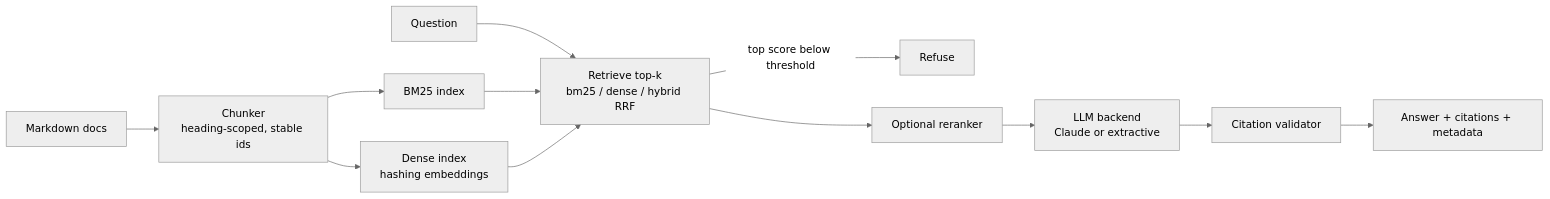
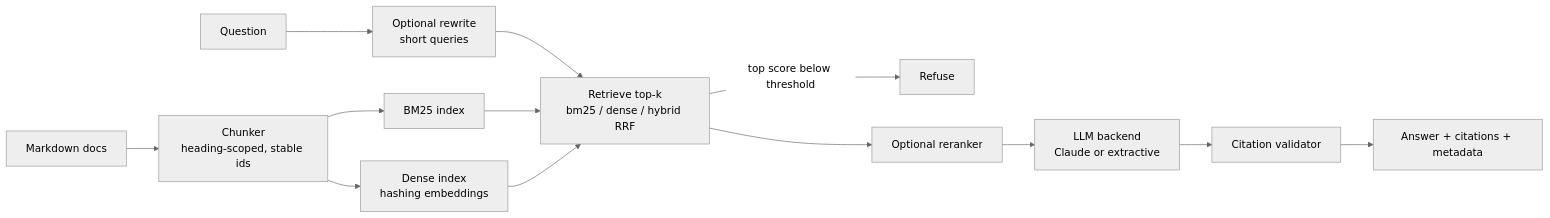
The diagram in README.md (ChauHuynh17071994/docs-rag-evals), drawn with Mermaid (neutral theme) before and after one commit. The commit also changed other lines of this file and 1 other file, not shown here.

Commit message:
docs: refresh results on the 33-question set and document query rewriting

````diff
--- a/README.md
+++ b/README.md
@@ -22,14 +23,15 @@
 ```mermaid
 flowchart LR
     D[Markdown docs] --> C[Chunker<br/>heading-scoped, stable ids]
     C --> I[BM25 index]
     C --> E[Dense index<br/>hashing embeddings]
-    Q[Question] --> R[Retrieve top-k<br/>bm25 / dense / hybrid RRF]
+    Q[Question] --> W[Optional rewrite<br/>short queries]
+    W --> R[Retrieve top-k<br/>bm25 / dense / hybrid RRF]
     I --> R
     E --> R
     R -->|top score below threshold| X[Refuse]
     R --> RR[Optional reranker]
     RR --> L[LLM backend<br/>Claude or extractive]
     L --> V[Citation validator]
     V --> A[Answer + citations + metadata]
 ```
````
